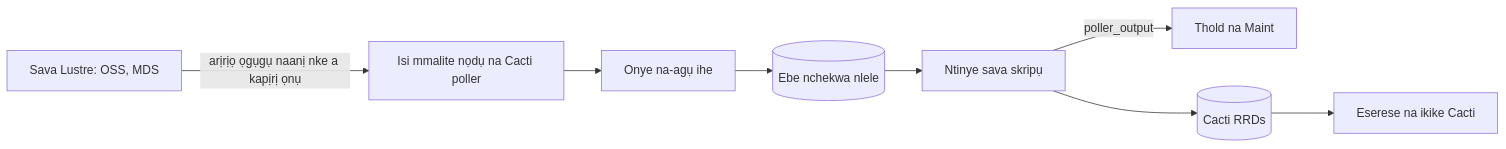
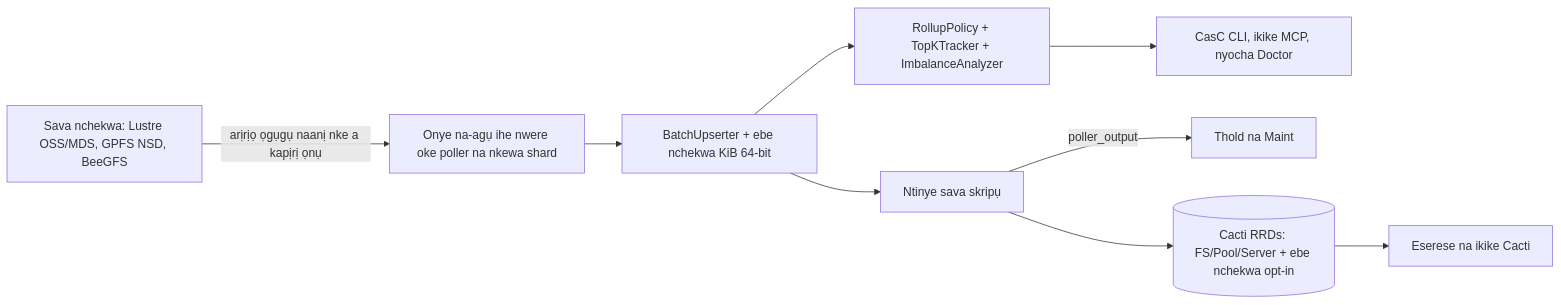
Before and after one commit to somethingwithproof/plugin_pfs: the diagram in docs/i18n/ig-NG/README.md, drawn with Mermaid. The commit also changed other lines of this file and 47 other files, not shown here.

````diff
--- a/docs/i18n/ig-NG/README.md
+++ b/docs/i18n/ig-NG/README.md
@@ -64,10 +72,11 @@
 ```mermaid
 flowchart LR
-    N["Sava Lustre: OSS, MDS"] -->|arịrịọ ọgụgụ naanị nke a kapịrị ọnụ| S["Isi mmalite nọdụ na Cacti poller"]
-    S --> R["Onye na-agụ ihe"]
-    R --> C[("Ebe nchekwa nlele")]
-    C --> SS["Ntinye sava skripụ"]
+    N["Sava nchekwa: Lustre OSS/MDS, GPFS NSD, BeeGFS"] -->|arịrịọ ọgụgụ naanị nke a kapịrị ọnụ| S["Onye na-agụ ihe nwere oke poller na nkewa shard"]
+    S --> B["BatchUpserter + ebe nchekwa KiB 64-bit"]
+    B --> R["RollupPolicy + TopKTracker + ImbalanceAnalyzer"]
+    B --> SS["Ntinye sava skripụ"]
+    R --> ECO["CasC CLI, ikike MCP, nyocha Doctor"]
     SS -->|poller_output| T["Thold na Maint"]
-    SS --> RRD[("Cacti RRDs")]
+    SS --> RRD[("Cacti RRDs: FS/Pool/Server + ebe nchekwa opt-in")]
     RRD --> G["Eserese na ikike Cacti"]
 ```
````
